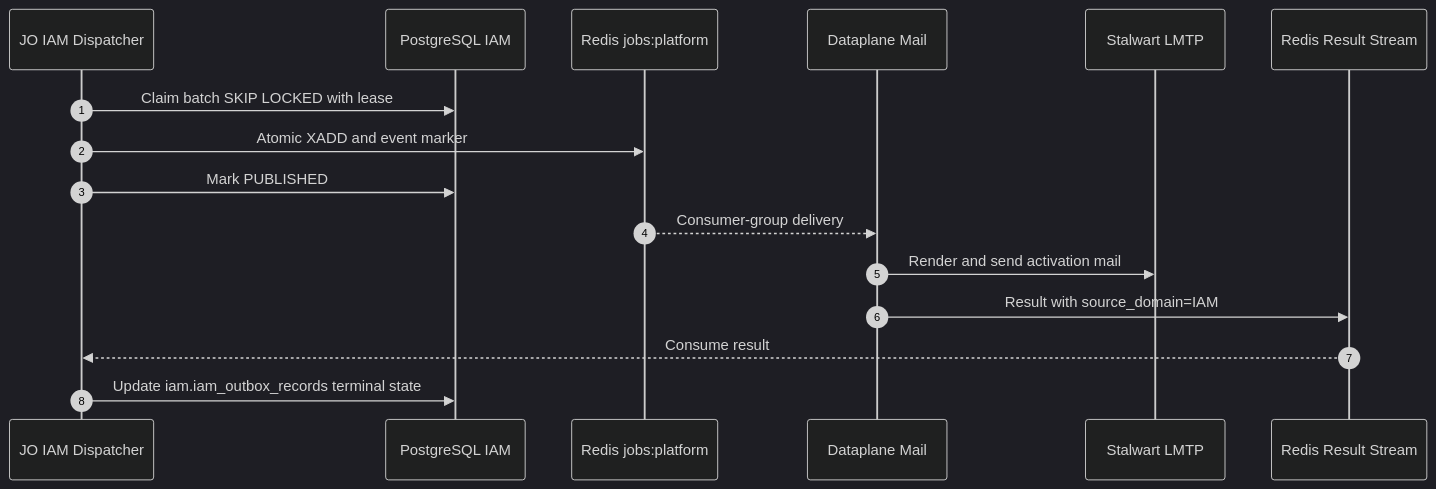
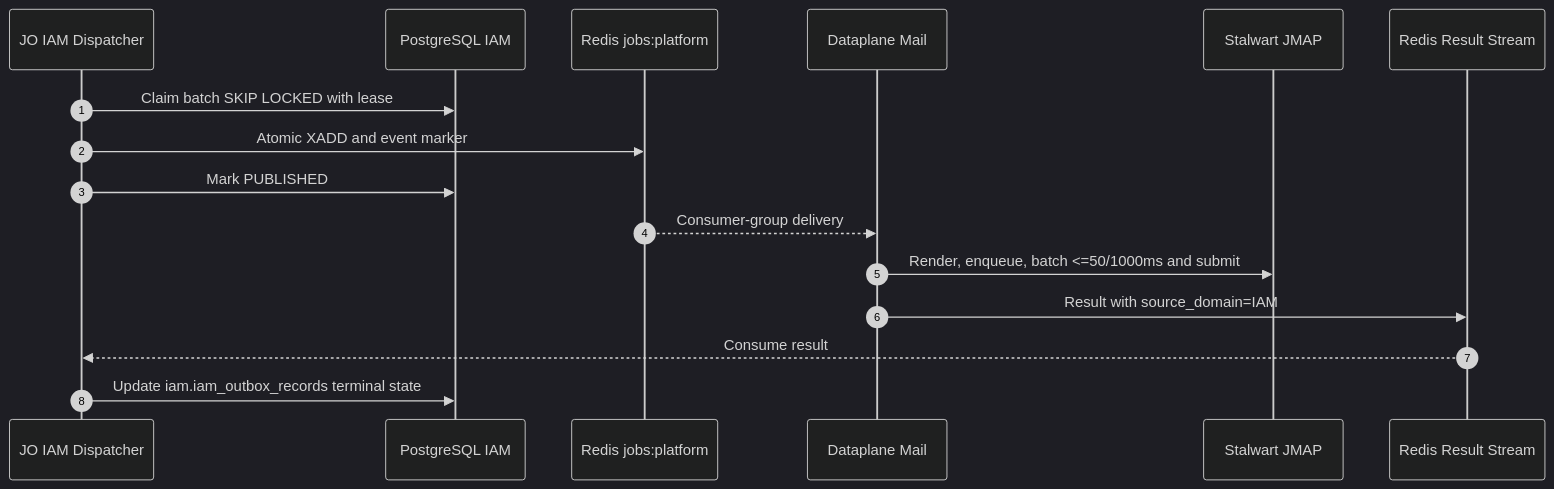
The third of 6 diagrams in god_view/iam/user_registration_god_view_workflow.md (phucle996/aurora), drawn with Mermaid (dark theme) before and after one commit. The commit also changed other lines of this file and 56 other files, not shown here.

Commit message:
feat: replace LMTP mail transport with JMAP-based batch executor and add wallet provisioning inbox support.

````diff
--- a/god_view/iam/user_registration_god_view_workflow.md
+++ b/god_view/iam/user_registration_god_view_workflow.md
@@ -201,19 +201,19 @@
 ```mermaid
 sequenceDiagram
     autonumber
     participant JO as JO IAM Dispatcher
     participant DB as PostgreSQL IAM
     participant Jobs as Redis jobs:platform
     participant DP as Dataplane Mail
-    participant LMTP as Stalwart LMTP
+    participant JMAP as Stalwart JMAP
     participant Results as Redis Result Stream
 
     JO->>DB: Claim batch SKIP LOCKED with lease
     JO->>Jobs: Atomic XADD and event marker
     JO->>DB: Mark PUBLISHED
     Jobs-->>DP: Consumer-group delivery
-    DP->>LMTP: Render and send activation mail
+    DP->>JMAP: Render, enqueue, batch <=50/1000ms and submit
     DP->>Results: Result with source_domain=IAM
     Results-->>JO: Consume result
     JO->>DB: Update iam.iam_outbox_records terminal state
 ```
````
